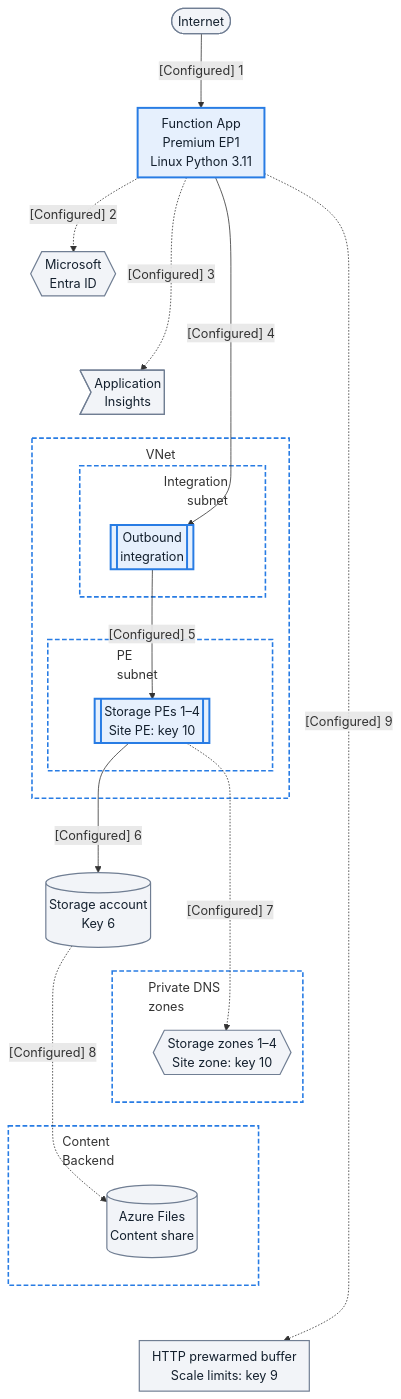
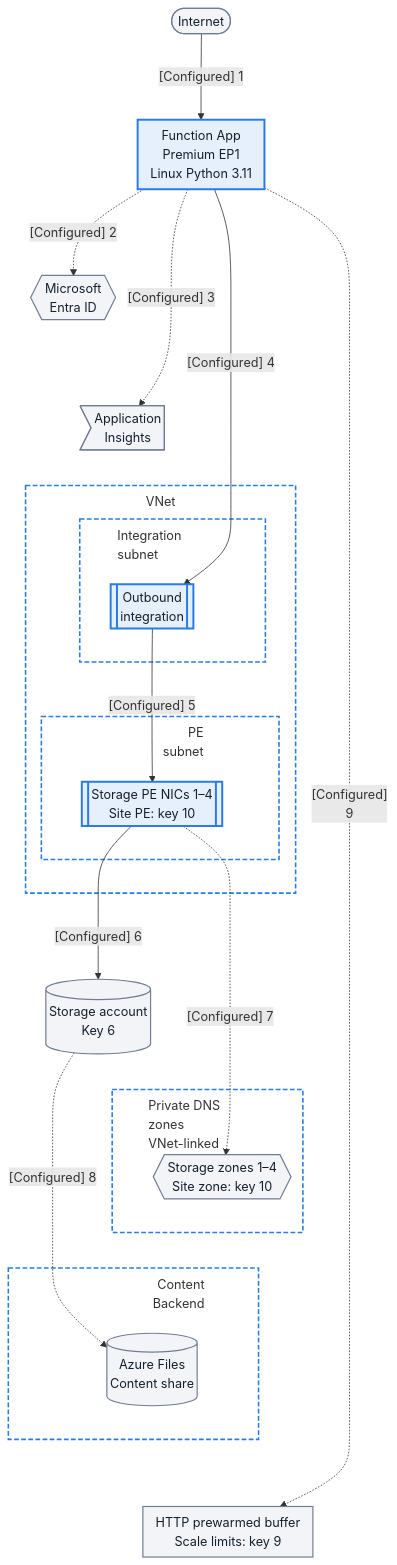
One commit to yeongseon/azure-functions-practical-guide changed the first of 2 diagrams in docs/language-guides/python/tutorial/premium/05-infrastructure-as-code.md. Above: the diagram before and after it, drawn with Mermaid. The commit also changed other lines of this file and 4 other files, not shown here.

Commit message:
docs(diagrams): clear title crossings in Python infrastructure tutorial topologies (#613)

````diff
--- a/docs/language-guides/python/tutorial/premium/05-infrastructure-as-code.md
+++ b/docs/language-guides/python/tutorial/premium/05-infrastructure-as-code.md
@@ -68,41 +70,41 @@
 ```mermaid
-%%{init: {'flowchart': {'nodeSpacing': 10, 'rankSpacing': 70, 'padding': 8, 'subGraphTitleMargin': {'top': 8, 'bottom': 32}}}}%%
+%%{init: {'flowchart': {'nodeSpacing': 10, 'rankSpacing': 85, 'padding': 8, 'subGraphTitleMargin': {'top': 8, 'bottom': 32}}}}%%
 flowchart TD
     accTitle: Python Linux Premium EP1 infrastructure topology
-    accDescr: Python 3.11 is this example's runtime configuration, not a version recommendation. The app is outside the integration subnet; outbound storage paths are separate from inbound site Private Link. Public HTTPS requires publicNetworkAccess Enabled when the site endpoint exists. Identity and Files credentials, DNS and HTTP prewarming are distinct; this is not Azure execution evidence.
+    accDescr: Private endpoints are network interfaces in the PE subnet and Private DNS zones are VNet-linked. Python 3.11 is this example's runtime configuration, not a version recommendation. The app is outside the integration subnet; outbound storage paths are separate from inbound site Private Link. Public HTTPS requires publicNetworkAccess Enabled when the site endpoint exists. Identity and Files credentials, DNS and HTTP prewarming are distinct; this is not Azure execution evidence.
     INET([Internet]) -->|"[Configured] 1"| FA["Function App<br/>Premium EP1<br/>Linux Python 3.11"]
     FA -.->|"[Configured] 2"| ENTRA{{"Microsoft<br/>Entra ID"}}
     FA -.->|"[Configured] 3"| AI>"Application<br/>Insights"]
     FA -->|"[Configured] 4"| INT
     subgraph VNET["VNet"]
-        subgraph INT_SUB["<div style='width:140px;text-align:right'>Integration<br/>subnet</div>"]
+        subgraph INT_SUB["<div style='width:140px;text-align:left'>Integration<br/>subnet</div>"]
             INT[["Outbound<br/>integration"]]
         end
-        subgraph PE_SUB["<div style='width:110px;text-align:left'>PE<br/>subnet</div>"]
-            PE[["Storage PEs 1–4<br/>Site PE: key 10"]]
+        subgraph PE_SUB["<div style='width:110px;text-align:right'>PE<br/>subnet</div>"]
+            PE[["Storage PE NICs 1–4<br/>Site PE: key 10"]]
         end
     end
     INT -->|"[Configured] 5"| PE
     PE -->|"[Configured] 6"| ST[("Storage account<br/>Key 6")]
-    subgraph DNS["<div style='width:150px;text-align:left'>Private DNS<br/>zones</div>"]
+    subgraph DNS["<div style='width:150px;text-align:left'>Private DNS<br/>zones<br/>VNet-linked</div>"]
         ZONES{{"Storage zones 1–4<br/>Site zone: key 10"}}
     end
     PE -.->|"[Configured] 7"| ZONES
-    subgraph STORAGE["<div style='width:180px;text-align:left'>Content<br/>Backend</div>"]
+    subgraph STORAGE["<div style='width:180px;text-align:right'>Content<br/>Backend</div>"]
         SHARE[("Azure Files<br/>Content share")]
     end
     ST -.->|"[Configured] 8"| SHARE
-    FA -.->|"[Configured] 9"| WARM["HTTP prewarmed buffer<br/>Scale limits: key 9"]
+    FA -.->|"[Configured]<br/>9"| WARM["HTTP prewarmed buffer<br/>Scale limits: key 9"]
     %% Layout-only tiers; add no data hops, dependencies or visible arrows.
     ENTRA ~~~ AI
     AI ~~~ INT
     ST ~~~ ZONES
     ZONES ~~~ SHARE
     SHARE ~~~ WARM
     classDef baseNeutral fill:#f2f4f8,stroke:#707e93,stroke-width:1.5px,color:#14202e;
     classDef focusActive fill:#e6f0fd,stroke:#287ce4,stroke-width:2.5px,color:#14202e;
     classDef netBox fill:transparent,stroke:#287ce4,stroke-width:2px,stroke-dasharray:6 3;
     class INET,ENTRA,AI,ST,ZONES,SHARE,WARM baseNeutral;
     class FA,INT,PE focusActive;
     class VNET,INT_SUB,PE_SUB,DNS,STORAGE netBox;
 ```
````
